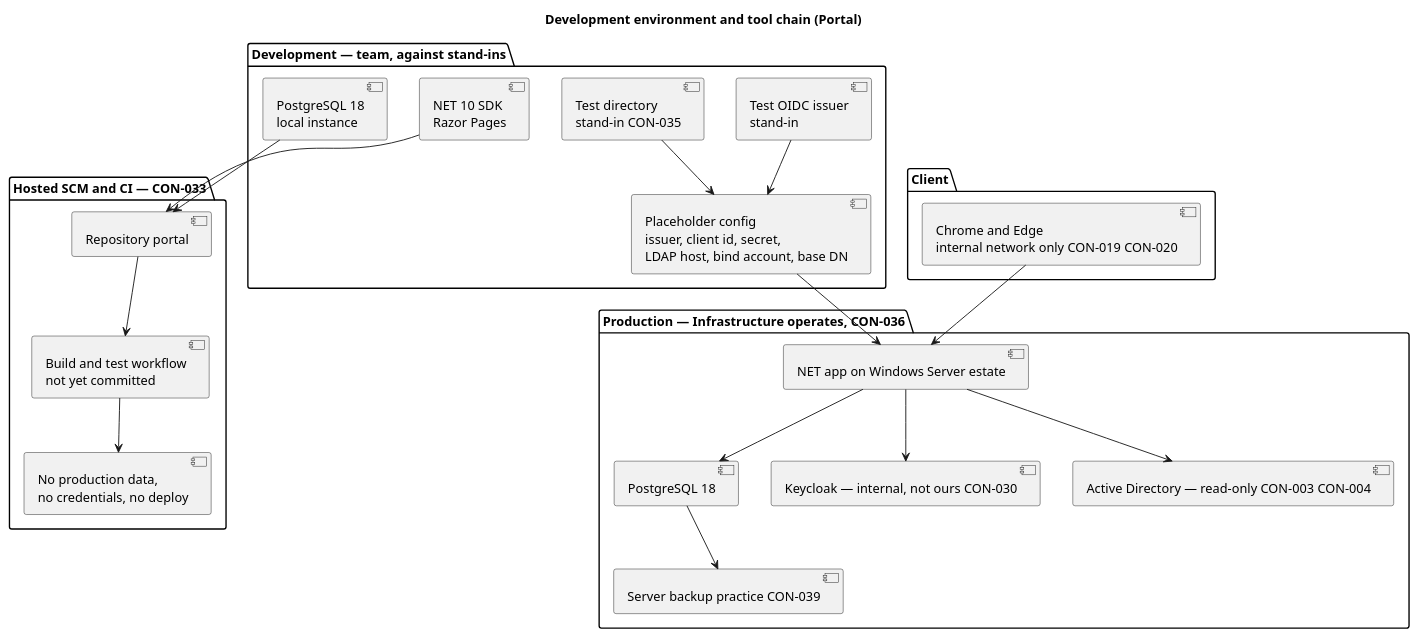
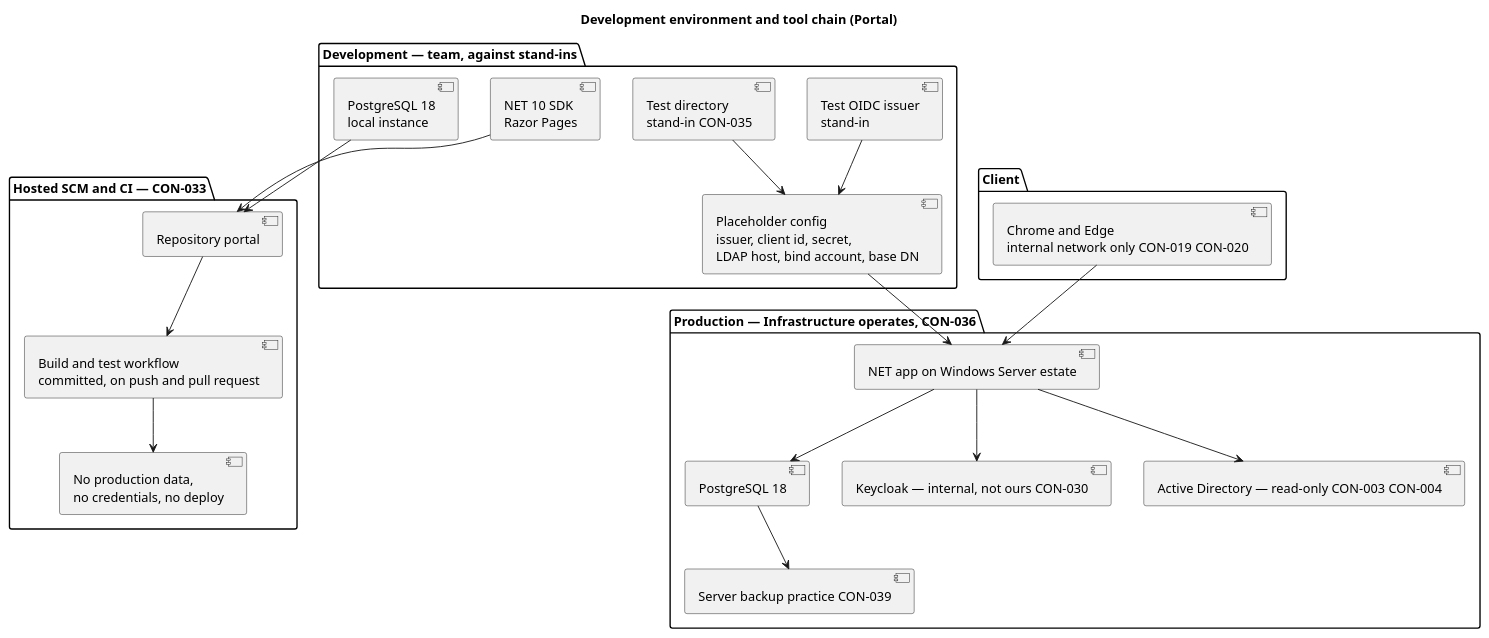
Before and after one commit to banense-test/portal: the sixth of 6 diagrams in docs/artifacts/environment/development-case.md, drawn with PlantUML.

Commit message:
Process Engineer [I2]: upsert Development Case
[skip ci]

````diff
--- a/docs/artifacts/environment/development-case.md
+++ b/docs/artifacts/environment/development-case.md
@@ -450,44 +450,44 @@
 ```plantuml
 @startuml
 title Development environment and tool chain (Portal)
 
 package "Development — team, against stand-ins" as DEV {
   [NET 10 SDK\nRazor Pages] as SDK
   [PostgreSQL 18\nlocal instance] as PG
   [Test OIDC issuer\nstand-in] as OIDC
   [Test directory\nstand-in CON-035] as LDAP
   [Placeholder config\nissuer, client id, secret,\nLDAP host, bind account, base DN] as CFG
 }
 
 package "Hosted SCM and CI — CON-033" as CI {
   [Repository portal] as REPO
-  [Build and test workflow\nnot yet committed] as WF
+  [Build and test workflow\ncommitted, on push and pull request] as WF
   [No production data,\nno credentials, no deploy] as RULE
 }
 
 package "Production — Infrastructure operates, CON-036" as PROD {
   [NET app on Windows Server estate] as APP
   [PostgreSQL 18] as PGP
   [Keycloak — internal, not ours CON-030] as KC
   [Active Directory — read-only CON-003 CON-004] as AD
   [Server backup practice CON-039] as BK
 }
 
 package "Client" as CL {
   [Chrome and Edge\ninternal network only CON-019 CON-020] as BR
 }
 
 SDK --> REPO
 PG --> REPO
 REPO --> WF
 WF --> RULE
 OIDC --> CFG
 LDAP --> CFG
 CFG --> APP
 APP --> PGP
 APP --> KC
 APP --> AD
 PGP --> BK
 BR --> APP
 @enduml
 ```
````
